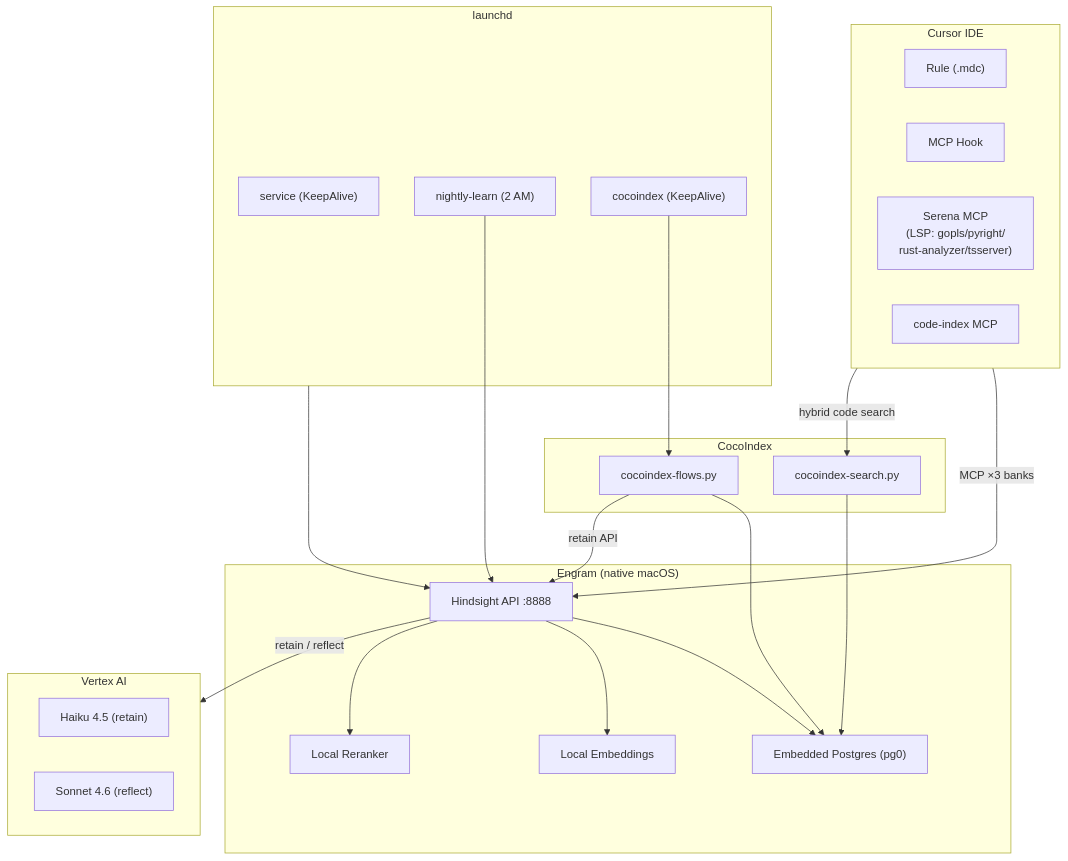
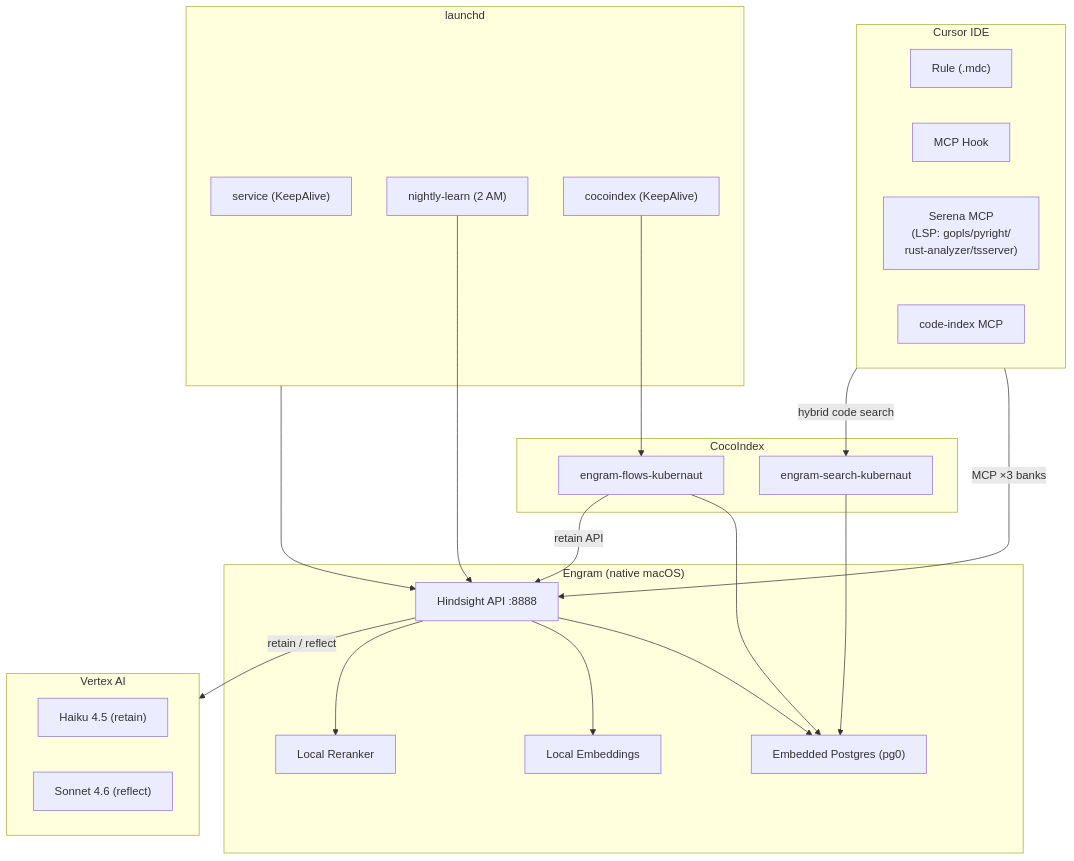
The second of 2 diagrams in README.md (jordigilh/engram), drawn with Mermaid before and after one commit. The commit also changed other lines of this file and 5 other files, not shown here.

First line of the commit message:
docs: update INSTALL/COCOINDEX/METRICS/NEW_PROJECT_SETUP for src/engram/ layout (phase 7)

````diff
--- a/README.md
+++ b/README.md
@@ -81,45 +81,45 @@
 ```mermaid
 graph TB
     subgraph cursor["Cursor IDE"]
         rule["Rule (.mdc)"]
         hook["MCP Hook"]
         serena["Serena MCP<br/>(LSP: gopls/pyright/<br/>rust-analyzer/tsserver)"]
         code_mcp["code-index MCP"]
     end
 
     subgraph engram["Engram (native macOS)"]
         api["Hindsight API :8888"]
         pg["Embedded Postgres (pg0)"]
         emb["Local Embeddings"]
         rerank["Local Reranker"]
     end
 
     subgraph cocoindex_engine["CocoIndex"]
-        coco["cocoindex-flows.py"]
-        coco_search["cocoindex-search.py"]
+        coco["engram-flows-kubernaut"]
+        coco_search["engram-search-kubernaut"]
         coco --> pg
         coco_search --> pg
     end
 
     subgraph vertex["Vertex AI"]
         haiku["Haiku 4.5 (retain)"]
         sonnet["Sonnet 4.6 (reflect)"]
     end
 
     subgraph launchd["launchd"]
         svc["service (KeepAlive)"]
         nightly["nightly-learn (2 AM)"]
         coco_svc["cocoindex (KeepAlive)"]
     end
 
     cursor -->|"MCP ×3 banks"| api
     cursor -->|"hybrid code search"| coco_search
     api --> pg
     api --> emb
     api --> rerank
     api -->|"retain / reflect"| vertex
     launchd --> api
     nightly --> api
     coco_svc --> coco
     coco -->|"retain API"| api
 ```
````
